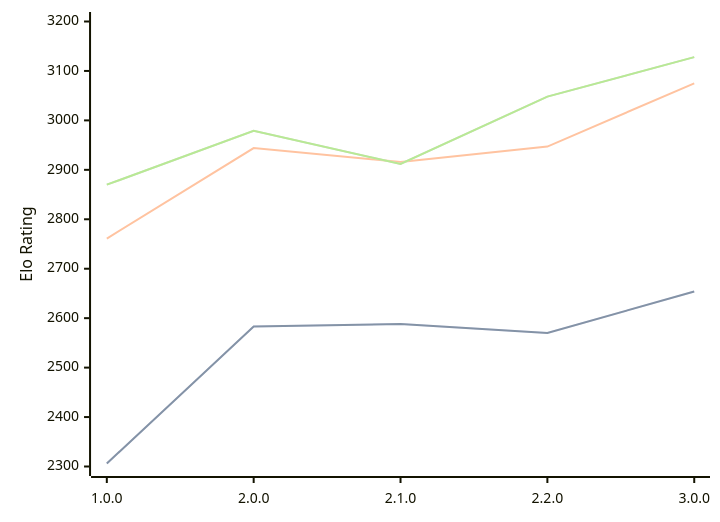
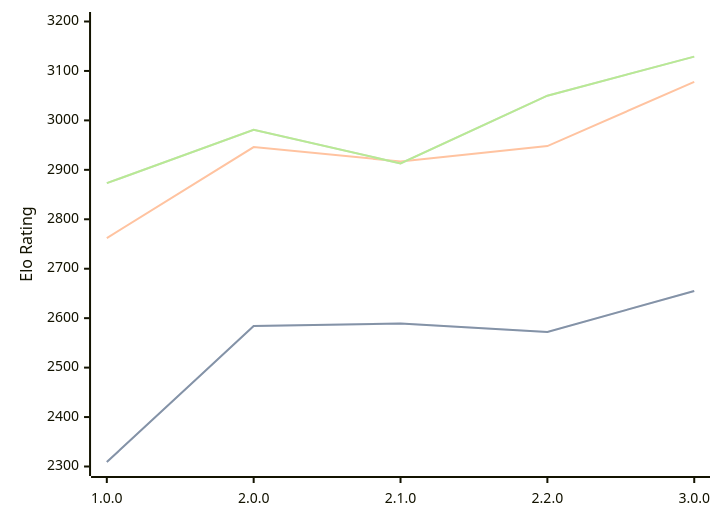
The diagram in engines/Catalyst.md (computer-chess-index/cci), drawn with Mermaid before and after one commit. The commit also changed other lines of this file, not shown here.

Commit message:
Update CCI Ratings (ELO VLTC) - 2026-08-22

````diff
--- a/engines/Catalyst.md
+++ b/engines/Catalyst.md
@@ -36,11 +36,11 @@
 ```mermaid
 %%{init: {"theme":"base","themeVariables":{"seriesColors:['#a3a3a3','#222221','#faa371']}}}%%
 xychart-beta
   x-axis ["1.0.0", "2.0.0", "2.1.0", "2.2.0", "3.0.0"]
   y-axis "Elo Rating" 2300 --> 3200
-  line "STC (8.0+0.08s)" [2306, 2583, 2588, 2570, 2654]
-  line "STC (8.0+0.08s)" [2306, 2583, 2588, 2570, 2654]
-  line "LTC (60.0+0.60s)" [2761, 2944, 2916, 2947, 3075]
-  line "VLTC (2m24s+1.12s)" [2870, 2979, 2912, 3048, 3128]
-  line "VLTC (2m24s+1.12s)" [2870, 2979, 2912, 3048, 3128]
+  line "STC (8.0+0.08s)" [2309, 2584, 2589, 2572, 2655]
+  line "STC (8.0+0.08s)" [2309, 2584, 2589, 2572, 2655]
+  line "LTC (60.0+0.60s)" [2762, 2946, 2917, 2948, 3078]
+  line "VLTC (2m24s+1.12s)" [2873, 2981, 2913, 3050, 3129]
+  line "VLTC (2m24s+1.12s)" [2873, 2981, 2913, 3050, 3129]
 ```
````
